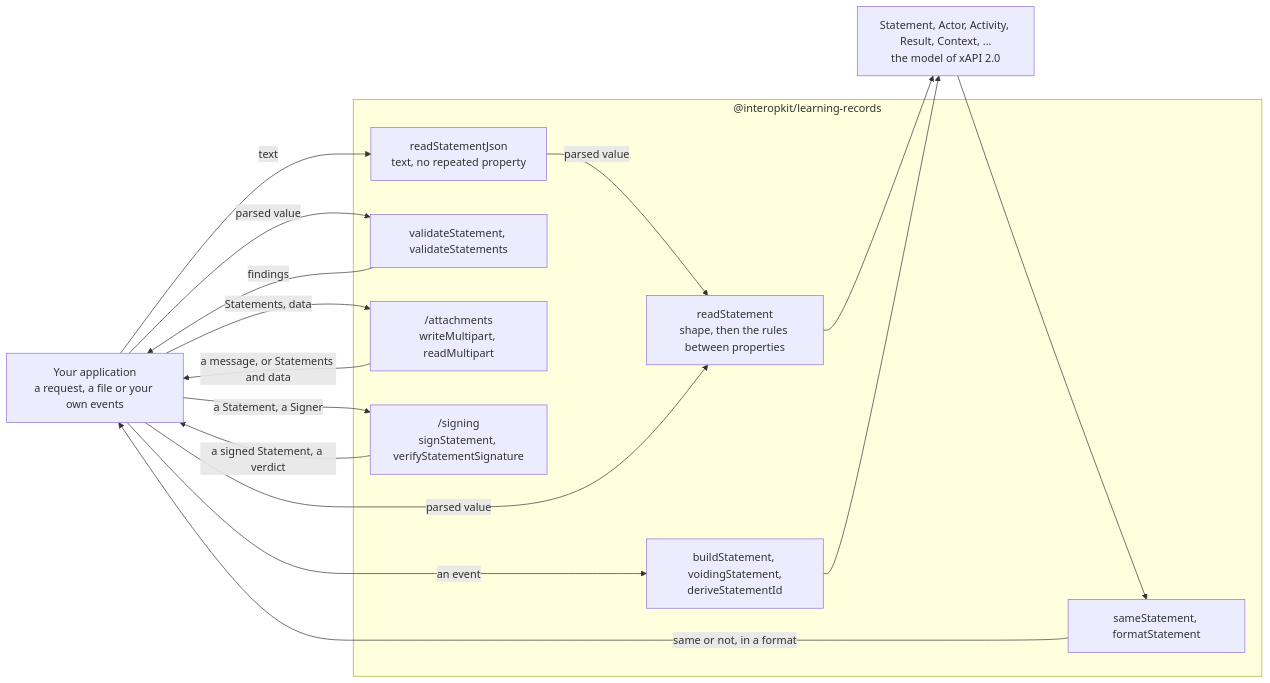
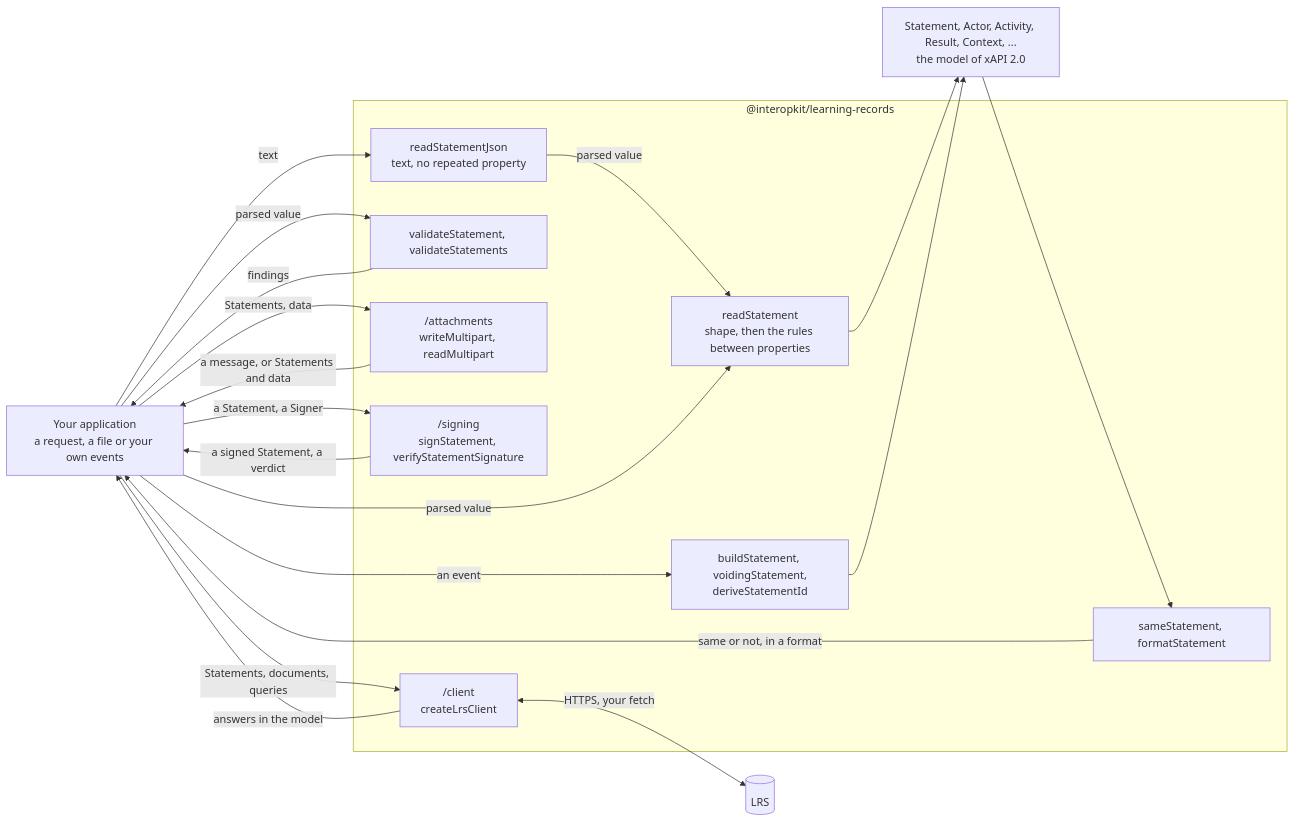
One commit to interopkit/interopkit changed the diagram in packages/learning-records/README.md. Above: the diagram before and after it, drawn with Mermaid. The commit also changed other lines of this file and 46 other files, not shown here.

First line of the commit message:
Add the client of an LRS to learning-records

````diff
--- a/packages/learning-records/README.md
+++ b/packages/learning-records/README.md
@@ -8,28 +8,32 @@
 ```mermaid
 flowchart LR
   host["Your application<br/>a request, a file or your own events"]
   subgraph pkg["@interopkit/learning-records"]
     json["readStatementJson<br/>text, no repeated property"]
     read["readStatement<br/>shape, then the rules between properties"]
     validate["validateStatement, validateStatements"]
     build["buildStatement, voidingStatement,<br/>deriveStatementId"]
     compare["sameStatement, formatStatement"]
     attachments["/attachments<br/>writeMultipart, readMultipart"]
     signing["/signing<br/>signStatement, verifyStatementSignature"]
+    client["/client<br/>createLrsClient"]
   end
   model["Statement, Actor, Activity, Result, Context, ...<br/>the model of xAPI 2.0"]
   host -->|"text"| json
   json -->|"parsed value"| read
   host -->|"parsed value"| read
   read --> model
   host -->|"parsed value"| validate
   validate -->|"findings"| host
   host -->|"an event"| build
   build --> model
   model --> compare
   compare -->|"same or not, in a format"| host
   host -->|"Statements, data"| attachments
   attachments -->|"a message, or Statements and data"| host
   host -->|"a Statement, a Signer"| signing
   signing -->|"a signed Statement, a verdict"| host
+  host -->|"Statements, documents, queries"| client
+  client -->|"answers in the model"| host
+  client <-->|"HTTPS, your fetch"| lrs[("LRS")]
 ```
````
